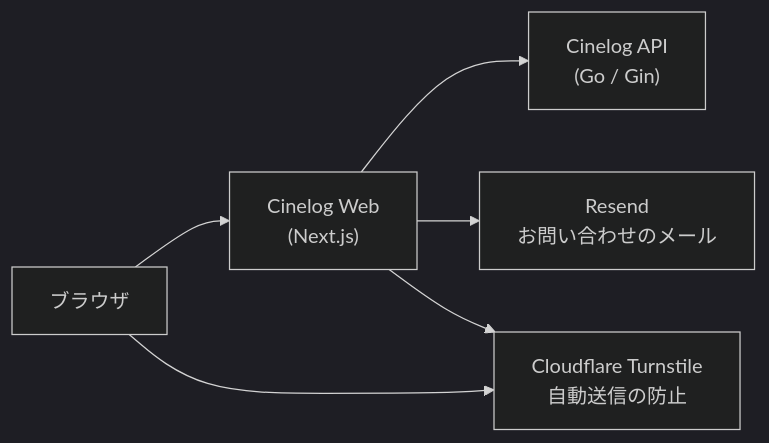
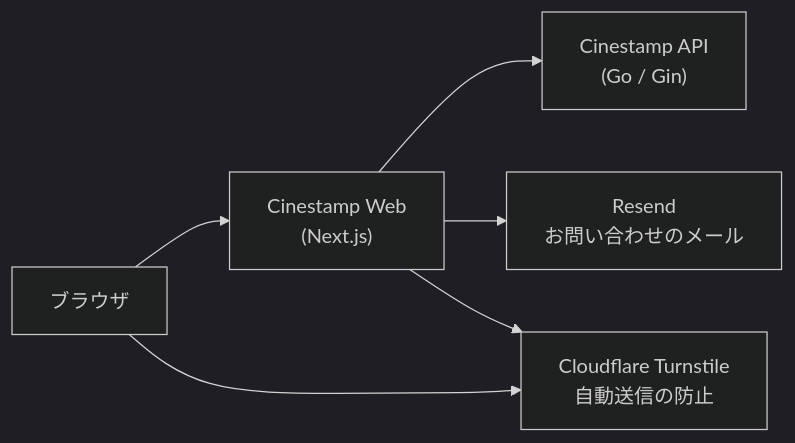
One commit to masaya-nishimura-09/movie-log changed the diagram in README.ja.md. Above: the diagram before and after it, drawn with Mermaid (dark theme). The commit also changed other lines of this file and 7 other files, not shown here.

Commit message:
update: アプリ名を Cinelog から Cinestamp に変更する

````diff
--- a/README.ja.md
+++ b/README.ja.md
@@ -39,8 +39,8 @@
 ```mermaid
 flowchart LR
-    browser["ブラウザ"] --> web["Cinelog Web<br/>(Next.js)"]
-    web --> api["Cinelog API<br/>(Go / Gin)"]
+    browser["ブラウザ"] --> web["Cinestamp Web<br/>(Next.js)"]
+    web --> api["Cinestamp API<br/>(Go / Gin)"]
     web --> resend["Resend<br/>お問い合わせのメール"]
     web --> turnstile["Cloudflare Turnstile<br/>自動送信の防止"]
     browser --> turnstile
 ```
````
